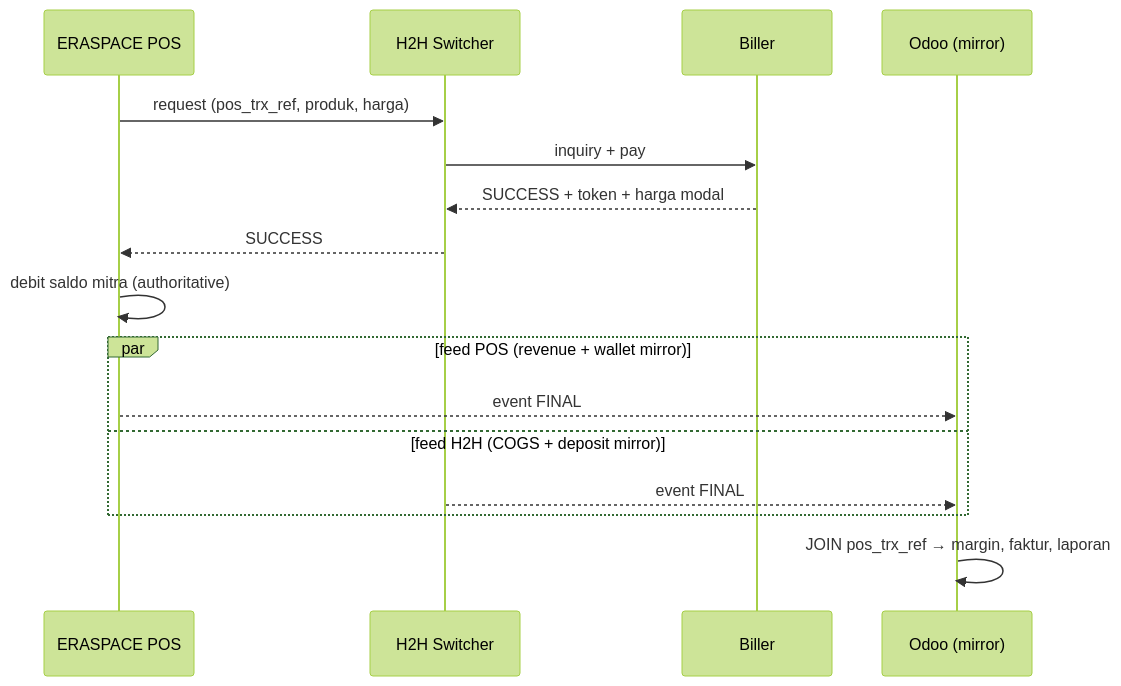
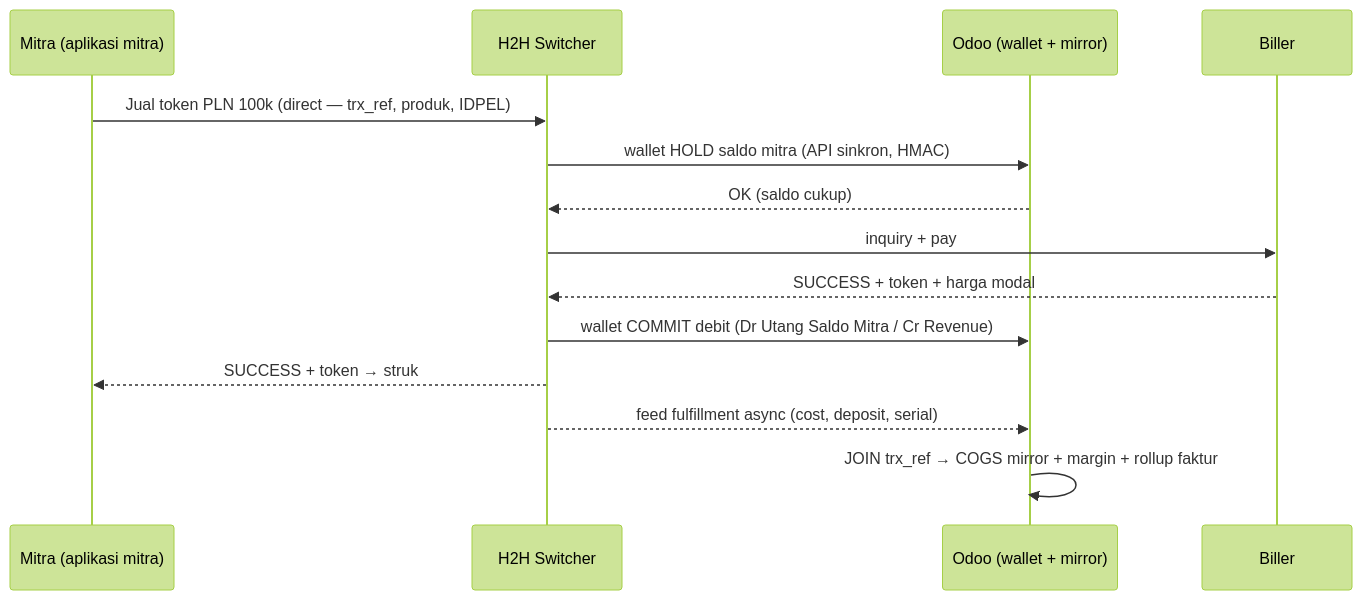
One commit to sarangrumah/odoo-platform changed the second of 5 diagrams in docs/projects/ppob/ppob-eraspace-odoo-target-architecture.md. Above: the diagram before and after it, drawn with Mermaid (forest theme). The commit also changed other lines of this file and 31 other files, not shown here.

First line of the commit message:
feat(ppob): Digiflazz biller adapter, SLA targets & throughput, Eraspace architecture revision

````diff
--- a/docs/projects/ppob/ppob-eraspace-odoo-target-architecture.md
+++ b/docs/projects/ppob/ppob-eraspace-odoo-target-architecture.md
@@ -62,18 +81,16 @@
 ```mermaid
 sequenceDiagram
-    participant POS as ERASPACE POS
+    participant M as Mitra (aplikasi mitra)
     participant H2H as H2H Switcher
+    participant O as Odoo (wallet + mirror)
     participant B as Biller
-    participant O as Odoo (mirror)
-    POS->>H2H: request (pos_trx_ref, produk, harga)
+    M->>H2H: Jual token PLN 100k (direct — trx_ref, produk, IDPEL)
+    H2H->>O: wallet HOLD saldo mitra (API sinkron, HMAC)
+    O-->>H2H: OK (saldo cukup)
     H2H->>B: inquiry + pay
     B-->>H2H: SUCCESS + token + harga modal
-    H2H-->>POS: SUCCESS
-    POS->>POS: debit saldo mitra (authoritative)
-    par feed POS (revenue + wallet mirror)
-        POS-->>O: event FINAL
-    and feed H2H (COGS + deposit mirror)
-        H2H-->>O: event FINAL
-    end
-    O->>O: JOIN pos_trx_ref → margin, faktur, laporan
+    H2H->>O: wallet COMMIT debit (Dr Utang Saldo Mitra / Cr Revenue)
+    H2H-->>M: SUCCESS + token → struk
+    H2H-->>O: feed fulfillment async (cost, deposit, serial)
+    O->>O: JOIN trx_ref → COGS mirror + margin + rollup faktur
 ```
````
